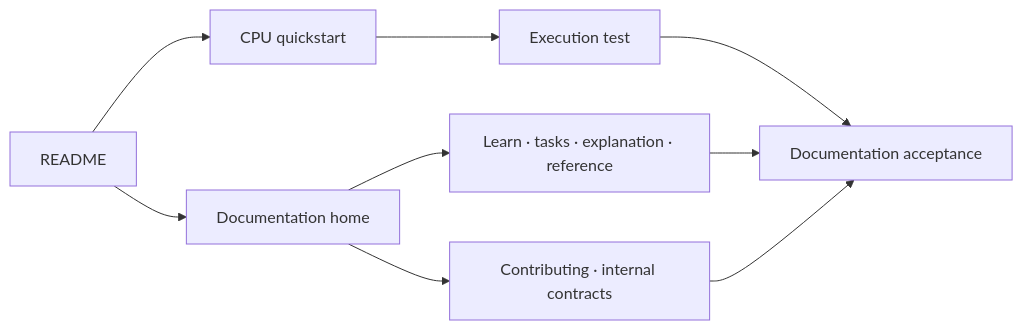
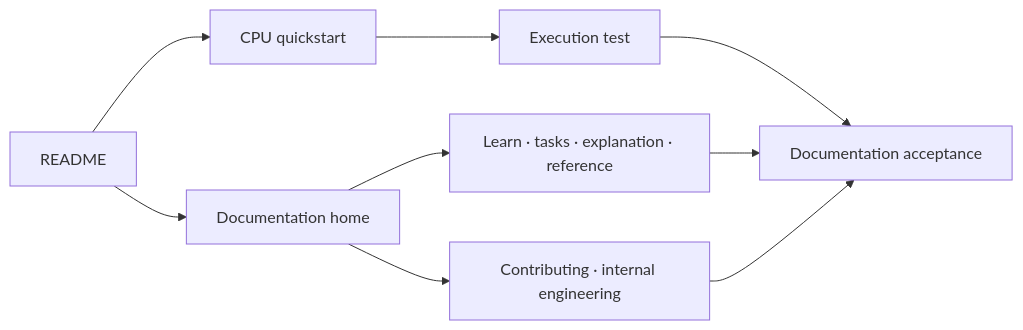
Before and after one commit to pvd232/viper: the third of 3 diagrams in docs/development/documentation-architecture.md, drawn with Mermaid. The commit also changed other lines of this file and 8 other files, not shown here.

````diff
--- a/docs/development/documentation-architecture.md
+++ b/docs/development/documentation-architecture.md
@@ -75,11 +75,11 @@
 ```mermaid
 flowchart LR
     Example[CPU quickstart] --> Test[Execution test]
     Readme[README] --> Example
     Readme --> Home[Documentation home]
     Home --> User[Learn · tasks · explanation · reference]
-    Home --> Maintainer[Contributing · internal contracts]
+    Home --> Maintainer[Contributing · internal engineering]
     Test --> Acceptance[Documentation acceptance]
     User --> Acceptance
     Maintainer --> Acceptance
 ```
````
